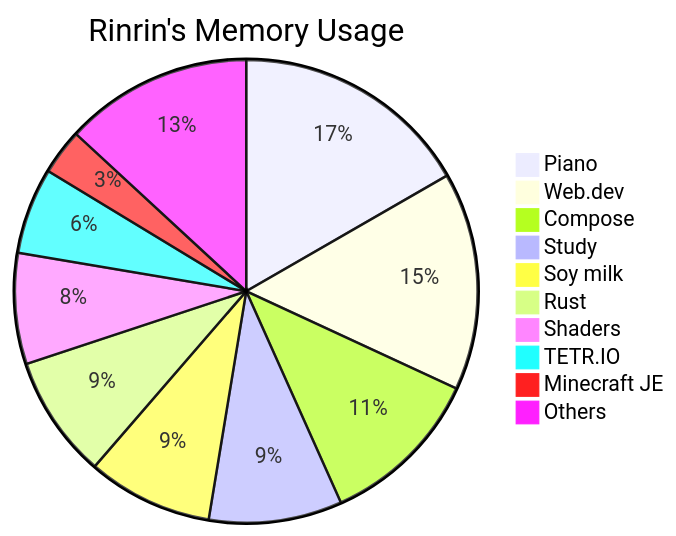
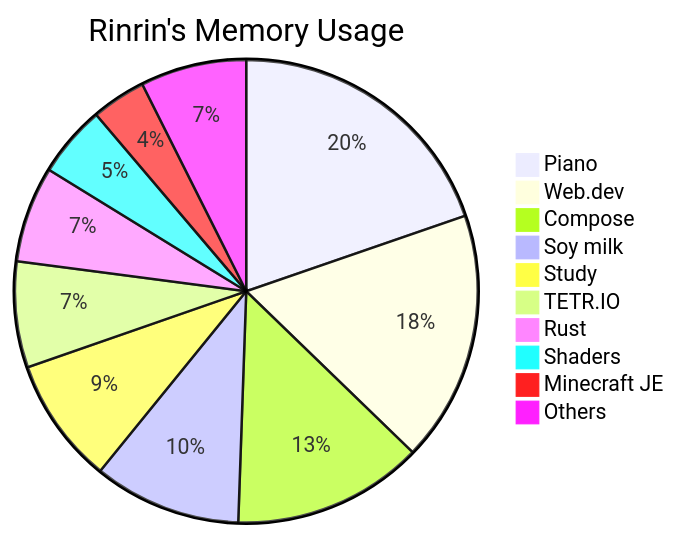
One commit to Rinrin0413/Rinrin0413 changed the diagram in README.md. Above: the diagram before and after it, drawn with Mermaid.

Commit message:
🛠 Update: Rinrin's Memory Usage

````diff
--- a/README.md
+++ b/README.md
@@ -76,13 +76,13 @@
 ```mermaid
 pie title Rinrin's Memory Usage
-    "Piano": 183
-    "Web.dev": 167
-    "Compose": 125
-    "Study": 102
-    "Soy milk": 96
-    "Rust": 94
-    "Shaders": 85
-    "TETR.IO": 66
-    "Minecraft JE": 35
-    "Others": 144
+    "Piano": 197
+    "Web.dev": 175
+    "Compose": 133
+    "Soy milk": 103
+    "Study": 88
+    "TETR.IO": 74
+    "Rust": 67
+    "Shaders": 50
+    "Minecraft JE": 38
+    "Others": 74
 ```
````
